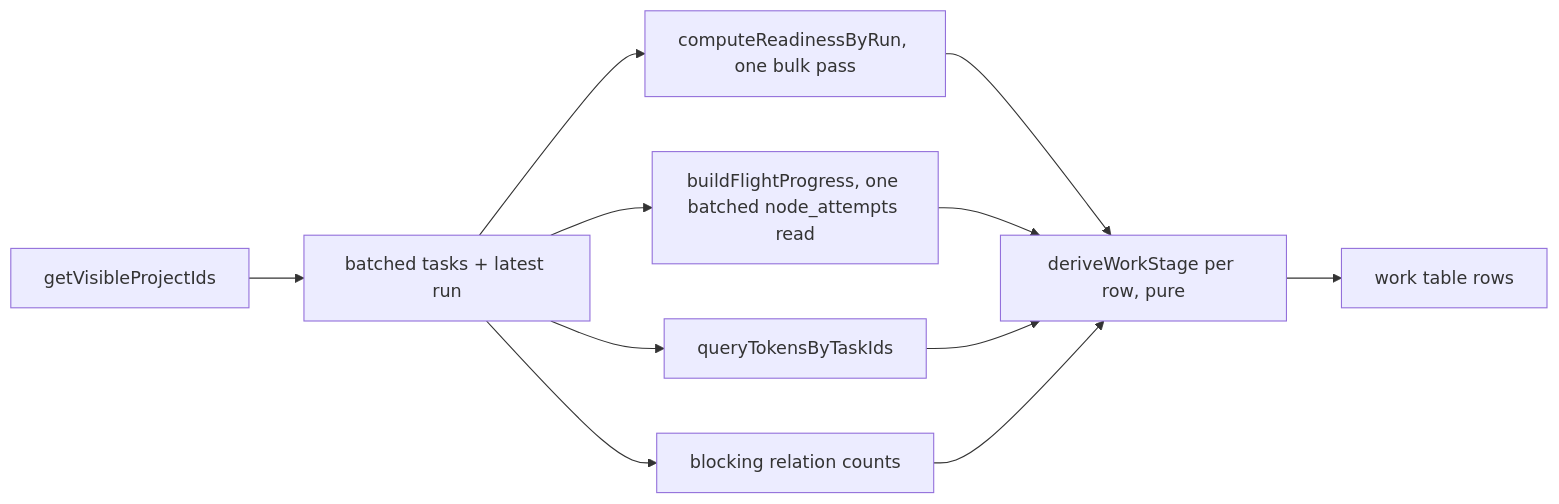
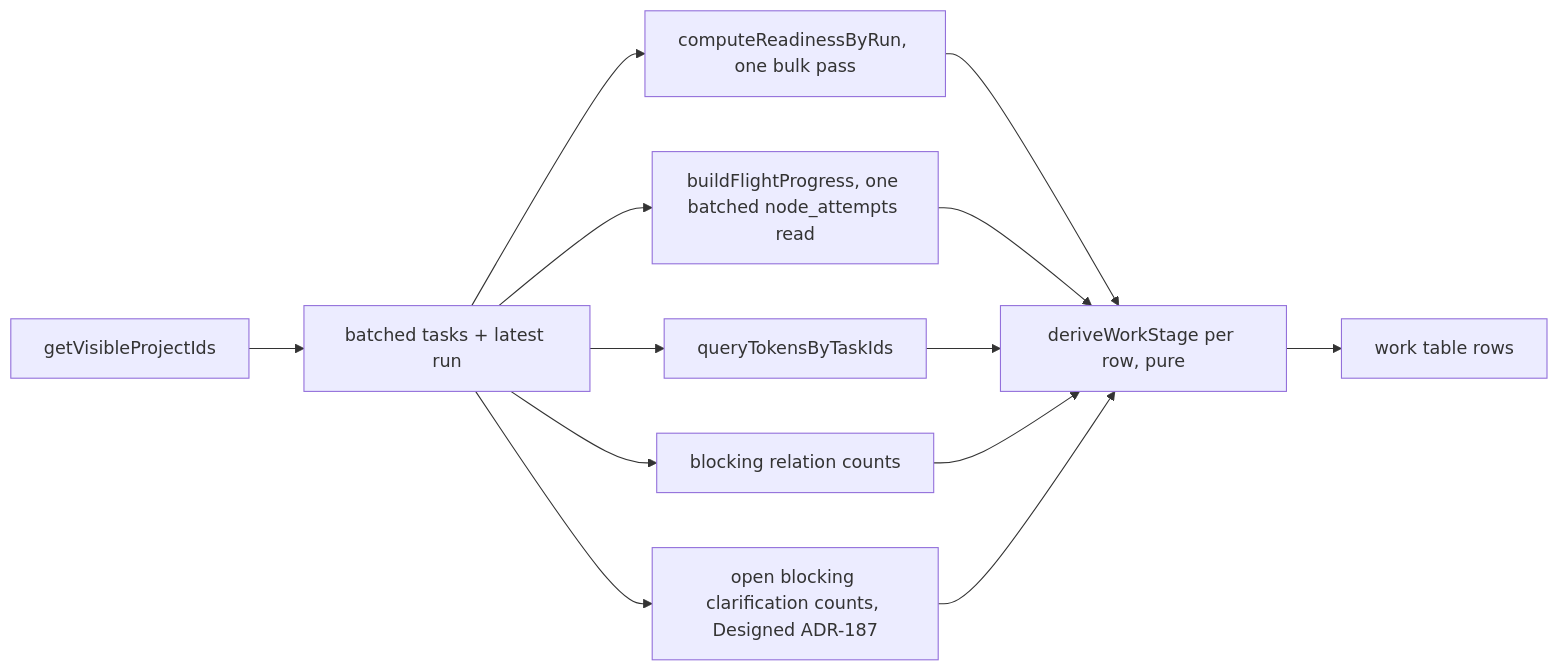
The third of 3 diagrams in docs/system-analytics/work-stages.md (maister-dev/maister), drawn with Mermaid before and after one commit. The commit also changed other lines of this file and 58 other files, not shown here.

````diff
--- a/docs/system-analytics/work-stages.md
+++ b/docs/system-analytics/work-stages.md
@@ -95,13 +104,15 @@
 ```mermaid
 flowchart LR
     A["getVisibleProjectIds"] --> B["batched tasks + latest run"]
     B --> C["computeReadinessByRun, one bulk pass"]
     B --> D["buildFlightProgress, one batched node_attempts read"]
     B --> E["queryTokensByTaskIds"]
     B --> F["blocking relation counts"]
+    B --> K["open blocking clarification counts, Designed ADR-187"]
     C --> G["deriveWorkStage per row, pure"]
     D --> G
     E --> G
     F --> G
+    K --> G
     G --> H["work table rows"]
 ```
````
